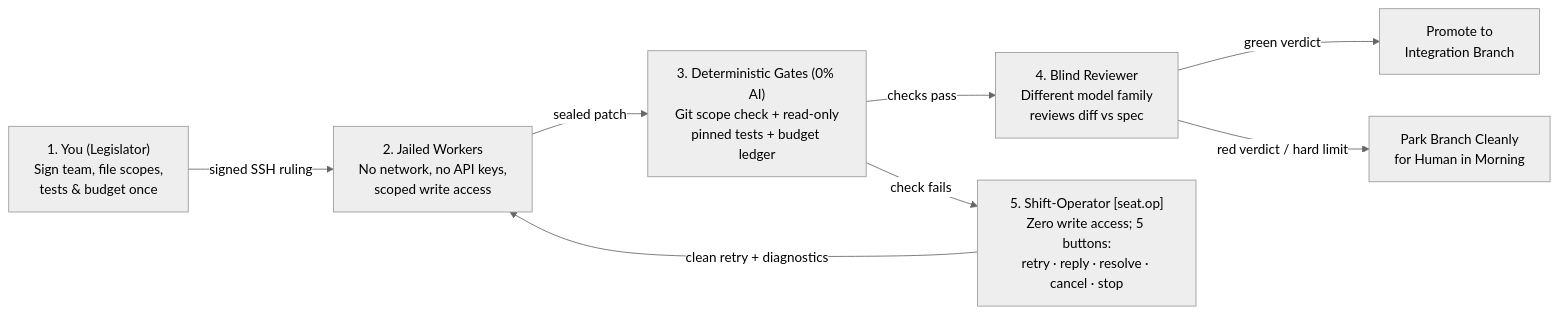
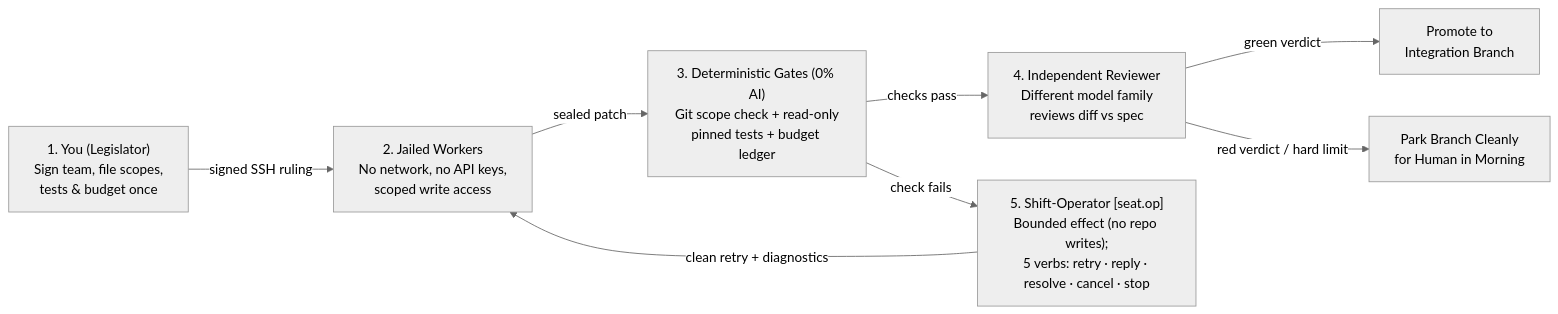
The diagram in README.md (0xOPER/operator), drawn with Mermaid (neutral theme) before and after one commit. The commit also changed other lines of this file and 2 other files, not shown here.

Commit message:
docs: align wording with code and LIMITATIONS (tamper-sealed, bounded op effect, call-log tail, demo scope, max_parallel)

````diff
--- a/README.md
+++ b/README.md
@@ -77,10 +81,10 @@
 ```mermaid
 flowchart LR
     A["1. You (Legislator)<br/>Sign team, file scopes,<br/>tests & budget once"] -->|signed SSH ruling| B["2. Jailed Workers<br/>No network, no API keys,<br/>scoped write access"]
     B -->|sealed patch| C["3. Deterministic Gates (0% AI)<br/>Git scope check + read-only<br/>pinned tests + budget ledger"]
-    C -->|checks pass| D["4. Blind Reviewer<br/>Different model family<br/>reviews diff vs spec"]
+    C -->|checks pass| D["4. Independent Reviewer<br/>Different model family<br/>reviews diff vs spec"]
     D -->|green verdict| E["Promote to<br/>Integration Branch"]
-    C -->|check fails| F["5. Shift-Operator [seat.op]<br/>Zero write access; 5 buttons:<br/>retry · reply · resolve · cancel · stop"]
+    C -->|check fails| F["5. Shift-Operator [seat.op]<br/>Bounded effect (no repo writes);<br/>5 verbs: retry · reply · resolve · cancel · stop"]
     F -->|clean retry + diagnostics| B
     D -->|red verdict / hard limit| G["Park Branch Cleanly<br/>for Human in Morning"]
 ```
````
